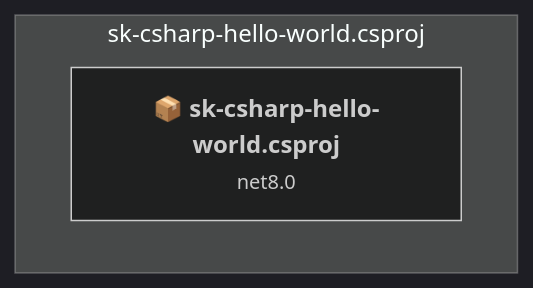
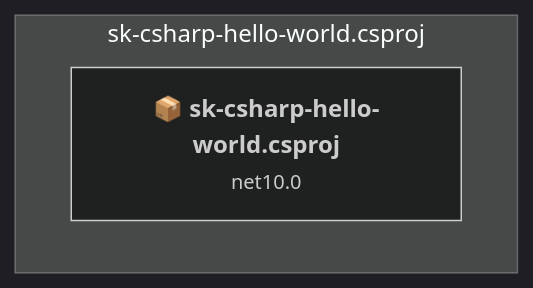
One commit to NatYou345/semantic-kernel-starters changed the seventh of 9 diagrams in .github/upgrades/scenarios/dotnet-version-upgrade/assessment.md. Above: the diagram before and after it, drawn with Mermaid (dark theme). The commit also changed other lines of this file and 32 other files, not shown here.

````diff
--- a/.github/upgrades/scenarios/dotnet-version-upgrade/assessment.md
+++ b/.github/upgrades/scenarios/dotnet-version-upgrade/assessment.md
@@ -122,8 +385,8 @@
 ```mermaid
 flowchart TB
     subgraph current["sk-csharp-hello-world.csproj"]
-        MAIN["<b>📦&nbsp;sk-csharp-hello-world.csproj</b><br/><small>net8.0</small>"]
-        click MAIN "#sk-csharp-hello-worldcsproj"
+        MAIN["<b>📦&nbsp;sk-csharp-hello-world.csproj</b><br/><small>net10.0</small>"]
+        click MAIN "#sk-csharp-hello-worldsk-csharp-hello-worldcsproj"
     end
 
 ```
````
